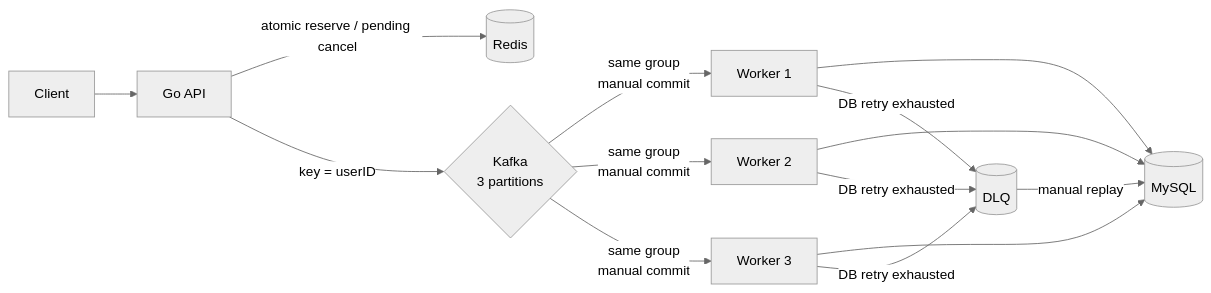
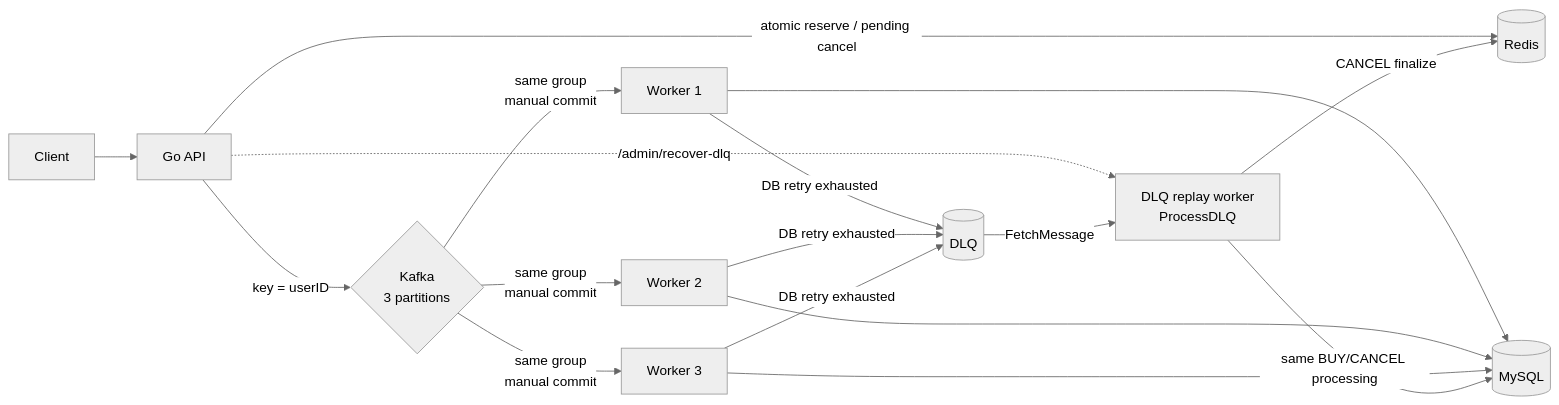
One commit to whxodus0121/ticket-system changed the diagram in README.md. Above: the diagram before and after it, drawn with Mermaid (neutral theme). The commit also changed other lines of this file, not shown here.

````diff
--- a/README.md
+++ b/README.md
@@ -58,12 +58,15 @@
 ```mermaid
 flowchart LR
     Client --> API[Go API]
     API -->|atomic reserve / pending cancel| Redis[(Redis)]
     API -->|key = userID| Kafka{Kafka<br/>3 partitions}
     Kafka -->|same group<br/>manual commit| W1[Worker 1]
     Kafka -->|same group<br/>manual commit| W2[Worker 2]
     Kafka -->|same group<br/>manual commit| W3[Worker 3]
     W1 & W2 & W3 --> MySQL[(MySQL)]
     W1 & W2 & W3 -->|DB retry exhausted| DLQ[(DLQ)]
-    DLQ -->|manual replay| MySQL
+    API -.->|/admin/recover-dlq| Replay[DLQ replay worker<br/>ProcessDLQ]
+    DLQ -->|FetchMessage| Replay
+    Replay -->|same BUY/CANCEL processing| MySQL
+    Replay -->|CANCEL finalize| Redis
 ```
````
